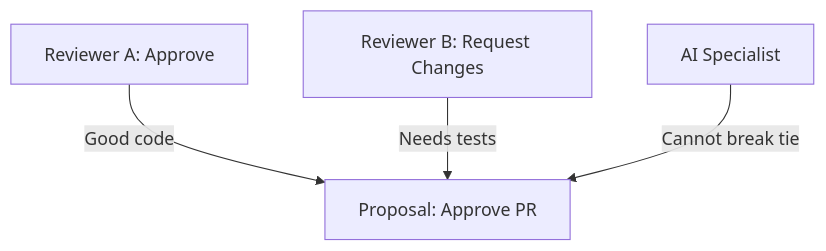
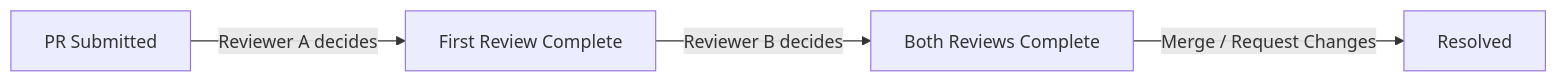
The diagram in website/docs/concepts/human-primacy.md (eloquentanalytics/dialai), drawn with Mermaid before and after one commit. The commit also changed other lines of this file and 1 other file, not shown here.

Commit message:
Clarify human disagreement: architectural constraint prevents concurrent votes, reframe as distributional claim

````diff
--- a/website/docs/concepts/human-primacy.md
+++ b/website/docs/concepts/human-primacy.md
@@ -121,11 +125,6 @@
 ```mermaid
-graph TD
-    P[Proposal: Approve PR]
-    R1[Reviewer A: Approve]
-    R2[Reviewer B: Request Changes]
-    AI[AI Specialist]
-
-    R1 -->|"Good code"| P
-    R2 -->|"Needs tests"| P
-    AI -->|"Cannot break tie"| P
+graph LR
+    S1[PR Submitted] -->|"Reviewer A decides"| S2[First Review Complete]
+    S2 -->|"Reviewer B decides"| S3[Both Reviews Complete]
+    S3 -->|"Merge / Request Changes"| S4[Resolved]
 ```
````
